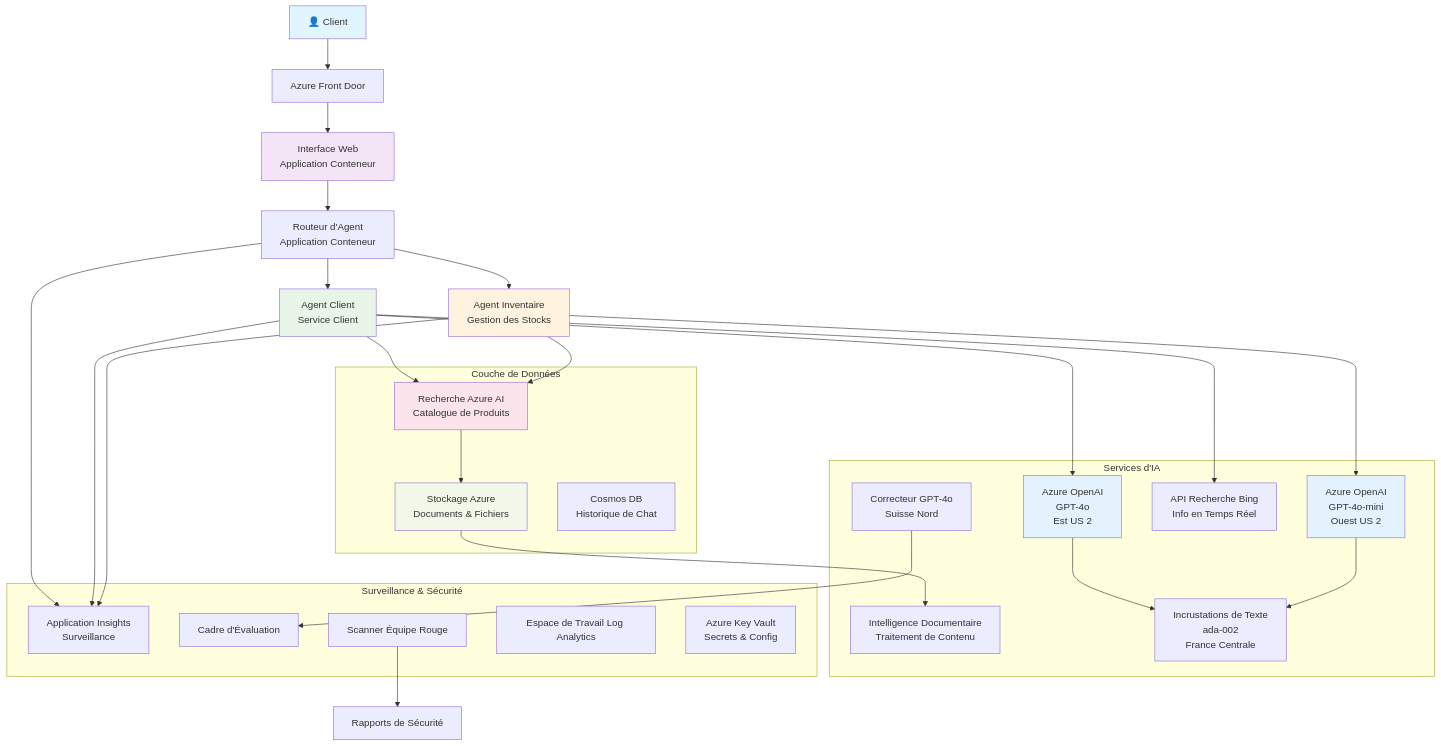
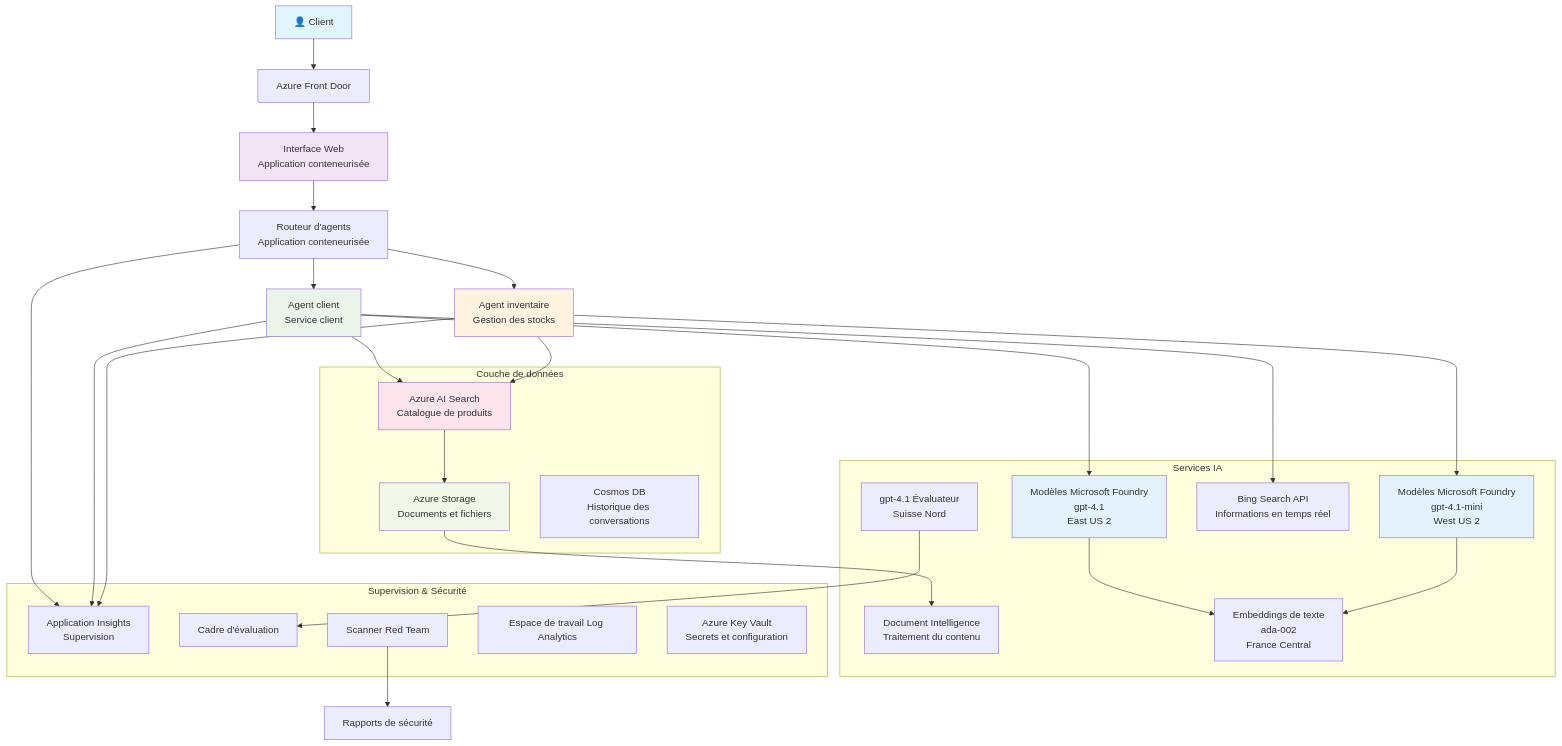
One commit to microsoft/AZD-for-beginners changed the diagram in translations/fr/examples/retail-scenario.md. Above: the diagram before and after it, drawn with Mermaid. The commit also changed other lines of this file and 101 other files, not shown here.

````diff
--- a/translations/fr/examples/retail-scenario.md
+++ b/translations/fr/examples/retail-scenario.md
@@ -139,61 +139,61 @@
 ```mermaid
 graph TB
     User[👤 Client] --> LB[Azure Front Door]
-    LB --> WebApp[Interface Web<br/>Application Conteneur]
+    LB --> WebApp[Interface Web<br/>Application conteneurisée]
     
-    WebApp --> Router[Routeur d'Agent<br/>Application Conteneur]
-    Router --> CustomerAgent[Agent Client<br/>Service Client]
-    Router --> InvAgent[Agent Inventaire<br/>Gestion des Stocks]
+    WebApp --> Router[Routeur d'agents<br/>Application conteneurisée]
+    Router --> CustomerAgent[Agent client<br/>Service client]
+    Router --> InvAgent[Agent inventaire<br/>Gestion des stocks]
     
-    CustomerAgent --> OpenAI1[Azure OpenAI<br/>GPT-4o<br/>Est US 2]
-    InvAgent --> OpenAI2[Azure OpenAI<br/>GPT-4o-mini<br/>Ouest US 2]
+    CustomerAgent --> OpenAI1[Modèles Microsoft Foundry<br/>gpt-4.1<br/>East US 2]
+    InvAgent --> OpenAI2[Modèles Microsoft Foundry<br/>gpt-4.1-mini<br/>West US 2]
     
-    CustomerAgent --> AISearch[Recherche Azure AI<br/>Catalogue de Produits]
-    CustomerAgent --> BingSearch[API Recherche Bing<br/>Info en Temps Réel]
+    CustomerAgent --> AISearch[Azure AI Search<br/>Catalogue de produits]
+    CustomerAgent --> BingSearch[Bing Search API<br/>Informations en temps réel]
     InvAgent --> AISearch
     
-    AISearch --> Storage[Stockage Azure<br/>Documents & Fichiers]
-    Storage --> DocIntel[Intelligence Documentaire<br/>Traitement de Contenu]
+    AISearch --> Storage[Azure Storage<br/>Documents et fichiers]
+    Storage --> DocIntel[Document Intelligence<br/>Traitement du contenu]
     
-    OpenAI1 --> Embeddings[Incrustations de Texte<br/>ada-002<br/>France Centrale]
+    OpenAI1 --> Embeddings[Embeddings de texte<br/>ada-002<br/>France Central]
     OpenAI2 --> Embeddings
     
-    Router --> AppInsights[Application Insights<br/>Surveillance]
+    Router --> AppInsights[Application Insights<br/>Supervision]
     CustomerAgent --> AppInsights
     InvAgent --> AppInsights
     
-    GraderModel[Correcteur GPT-4o<br/>Suisse Nord] --> Evaluation[Cadre d'Évaluation]
-    RedTeam[Scanner Équipe Rouge] --> SecurityReports[Rapports de Sécurité]
+    GraderModel[gpt-4.1 Évaluateur<br/>Suisse Nord] --> Evaluation[Cadre d'évaluation]
+    RedTeam[Scanner Red Team] --> SecurityReports[Rapports de sécurité]
     
-    subgraph "Couche de Données"
+    subgraph "Couche de données"
         Storage
         AISearch
-        CosmosDB[Cosmos DB<br/>Historique de Chat]
+        CosmosDB[Cosmos DB<br/>Historique des conversations]
     end
     
-    subgraph "Services d'IA"
+    subgraph "Services IA"
         OpenAI1
         OpenAI2
         Embeddings
         GraderModel
         DocIntel
         BingSearch
     end
     
-    subgraph "Surveillance & Sécurité"
+    subgraph "Supervision & Sécurité"
         AppInsights
-        LogAnalytics[Espace de Travail Log Analytics]
-        KeyVault[Azure Key Vault<br/>Secrets & Config]
+        LogAnalytics[Espace de travail Log Analytics]
+        KeyVault[Azure Key Vault<br/>Secrets et configuration]
         RedTeam
         Evaluation
     end
     
     style User fill:#e1f5fe
     style WebApp fill:#f3e5f5
     style CustomerAgent fill:#e8f5e8
     style InvAgent fill:#fff3e0
     style OpenAI1 fill:#e3f2fd
     style OpenAI2 fill:#e3f2fd
     style AISearch fill:#fce4ec
     style Storage fill:#f1f8e9
-```  
+```
````
